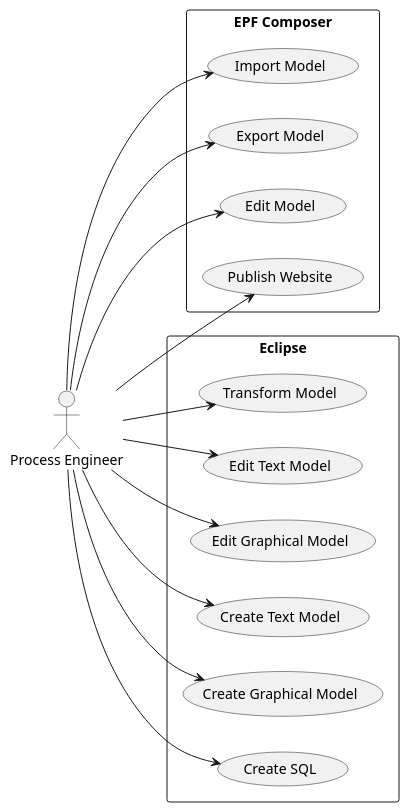
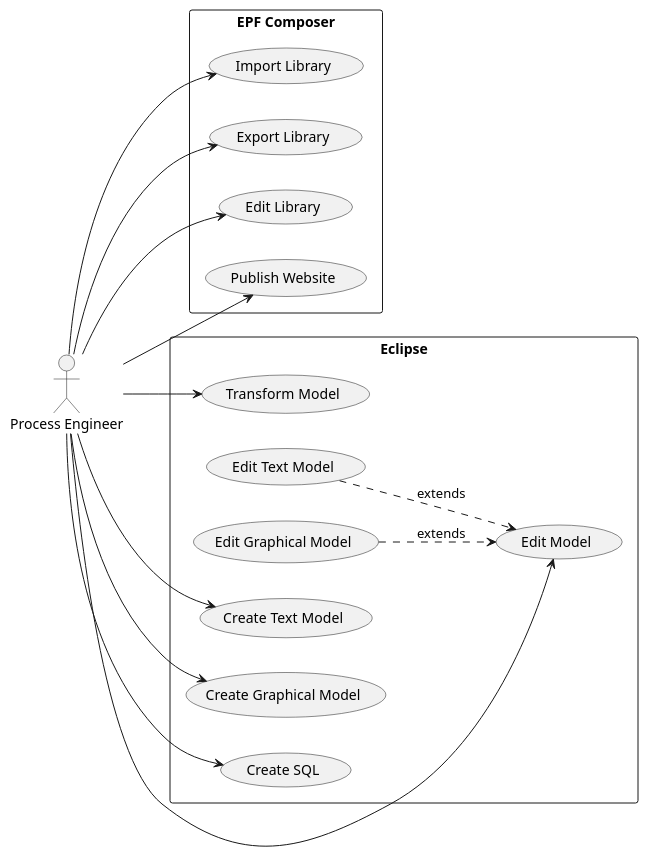
The diagram in Proiektua/PlantUML/UCM_ModelEditor.pu (juletx/ProMeta), drawn with PlantUML before and after one commit. The commit also changed 7 other files, not shown here.

Commit message:
PlantUML doagramak eguneratu

```diff
--- a/Proiektua/PlantUML/UCM_ModelEditor.pu
+++ b/Proiektua/PlantUML/UCM_ModelEditor.pu
@@ -1,32 +1,34 @@
 @startuml UCM_ModelEditor
 left to right direction
 
 actor "Process Engineer" as ProcessEngineer
 
 rectangle "EPF Composer" as EPFComposer {
-    usecase "Import Model" as ImportModel
-    usecase "Export Model" as ExportModel
-    usecase "Edit Model" as EditModel
+    usecase "Import Library" as ImportLibrary
+    usecase "Export Library" as ExportLibrary
+    usecase "Edit Library" as EditLibrary
     usecase "Publish Website" as PublishWebsite
 }
 
 rectangle Eclipse {
     usecase "Transform Model" as TransformModel
+    usecase "Edit Model" as EditModel
     usecase "Edit Text Model" as EditTextModel
     usecase "Edit Graphical Model" as EditGraphicalModel
     usecase "Create Text Model" as CreateTextModel
     usecase "Create Graphical Model" as CreateGraphicalModel
     usecase "Create SQL" as CreateSQL
 }
 
-ProcessEngineer --> ImportModel
-ProcessEngineer --> ExportModel
-ProcessEngineer --> EditModel
+ProcessEngineer --> ImportLibrary
+ProcessEngineer --> ExportLibrary
+ProcessEngineer --> EditLibrary
 ProcessEngineer --> PublishWebsite
 ProcessEngineer --> TransformModel
-ProcessEngineer --> EditTextModel
-ProcessEngineer --> EditGraphicalModel
+ProcessEngineer --> EditModel
+EditTextModel ..> EditModel : extends
+EditGraphicalModel ..> EditModel : extends
 ProcessEngineer --> CreateTextModel
 ProcessEngineer --> CreateGraphicalModel
 ProcessEngineer --> CreateSQL
 @enduml
```
